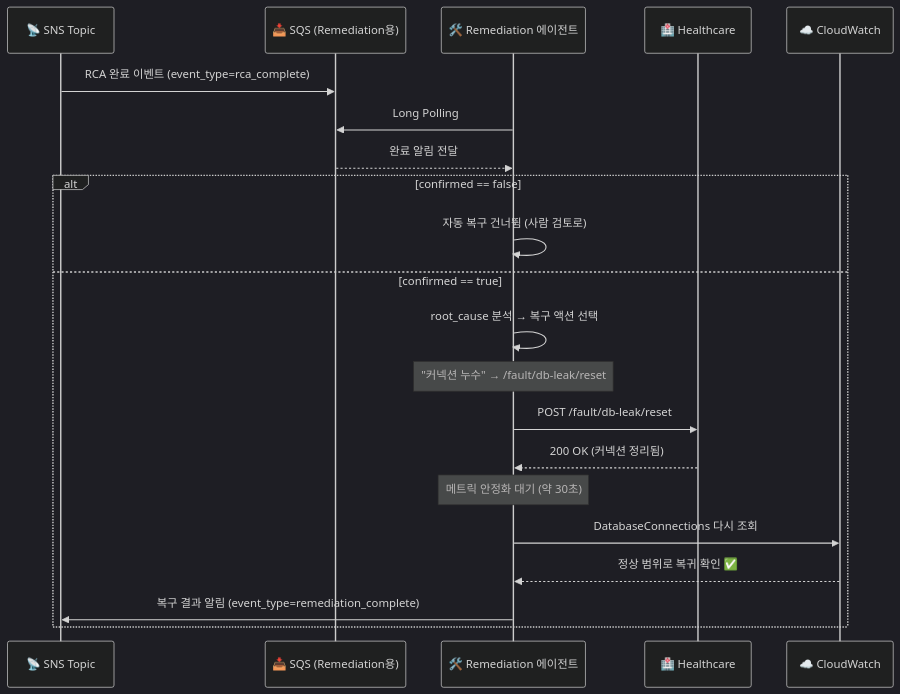
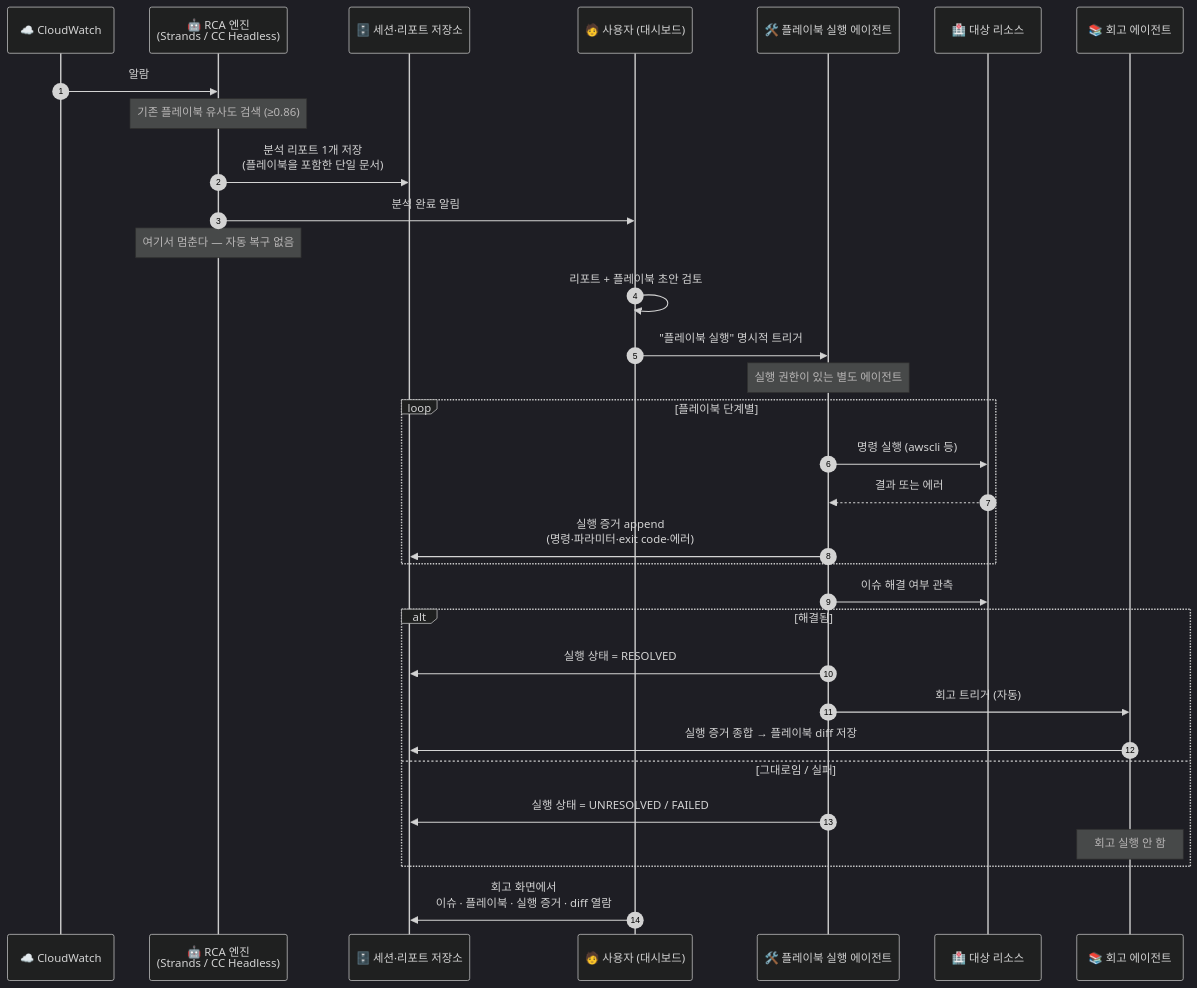
The fourth of 6 diagrams in docs/rca-to-remediation-flow.md (haandol/rca-agent), drawn with Mermaid (dark theme) before and after one commit. The commit also changed other lines of this file, not shown here.

First line of the commit message:
docs: record the RCA-to-remediation flow as it is and as it should be

````diff
--- a/docs/rca-to-remediation-flow.md
+++ b/docs/rca-to-remediation-flow.md
@@ -261,26 +160,39 @@
 ```mermaid
 sequenceDiagram
-    participant SNS as 📡 SNS Topic
-    participant SQS as 📥 SQS (Remediation용)
-    participant REM as 🛠️ Remediation 에이전트
-    participant APP as 🏥 Healthcare
+    autonumber
     participant CW as ☁️ CloudWatch
+    participant E as 🤖 RCA 엔진<br/>(Strands / CC Headless)
+    participant S as 🗄️ 세션·리포트 저장소
+    participant U as 🧑 사용자 (대시보드)
+    participant X as 🛠️ 플레이북 실행 에이전트
+    participant T as 🏥 대상 리소스
+    participant Rt as 📚 회고 에이전트
 
-    SNS->>SQS: RCA 완료 이벤트 (event_type=rca_complete)
-    REM->>SQS: Long Polling
-    SQS-->>REM: 완료 알림 전달
+    CW->>E: 알람
+    Note over E: 기존 플레이북 유사도 검색 (≥0.86)
+    E->>S: 분석 리포트 1개 저장<br/>(플레이북을 포함한 단일 문서)
+    E->>U: 분석 완료 알림
+    Note over E: 여기서 멈춘다 — 자동 복구 없음
 
-    alt confirmed == false
-        REM->>REM: 자동 복구 건너뜀 (사람 검토로)
-    else confirmed == true
-        REM->>REM: root_cause 분석 → 복구 액션 선택
-        Note over REM: "커넥션 누수" → /fault/db-leak/reset
-        REM->>APP: POST /fault/db-leak/reset
-        APP-->>REM: 200 OK (커넥션 정리됨)
+    U->>U: 리포트 + 플레이북 초안 검토
+    U->>X: "플레이북 실행" 명시적 트리거
+    Note over X: 실행 권한이 있는 별도 에이전트
 
-        Note over REM: 메트릭 안정화 대기 (약 30초)
-        REM->>CW: DatabaseConnections 다시 조회
-        CW-->>REM: 정상 범위로 복귀 확인 ✅
-        REM->>SNS: 복구 결과 알림 (event_type=remediation_complete)
+    loop 플레이북 단계별
+        X->>T: 명령 실행 (awscli 등)
+        T-->>X: 결과 또는 에러
+        X->>S: 실행 증거 append<br/>(명령·파라미터·exit code·에러)
     end
+
+    X->>T: 이슈 해결 여부 관측
+    alt 해결됨
+        X->>S: 실행 상태 = RESOLVED
+        X->>Rt: 회고 트리거 (자동)
+        Rt->>S: 실행 증거 종합 → 플레이북 diff 저장
+    else 그대로임 / 실패
+        X->>S: 실행 상태 = UNRESOLVED / FAILED
+        Note over Rt: 회고 실행 안 함
+    end
+
+    U->>S: 회고 화면에서<br/>이슈 · 플레이북 · 실행 증거 · diff 열람
 ```
````
